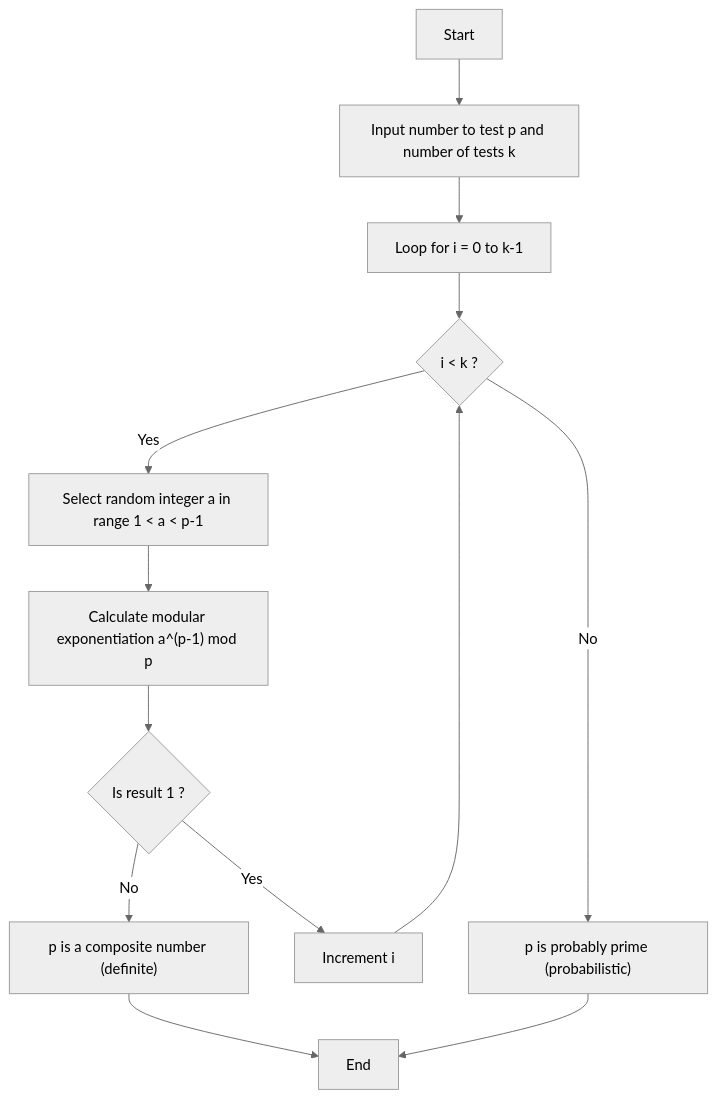
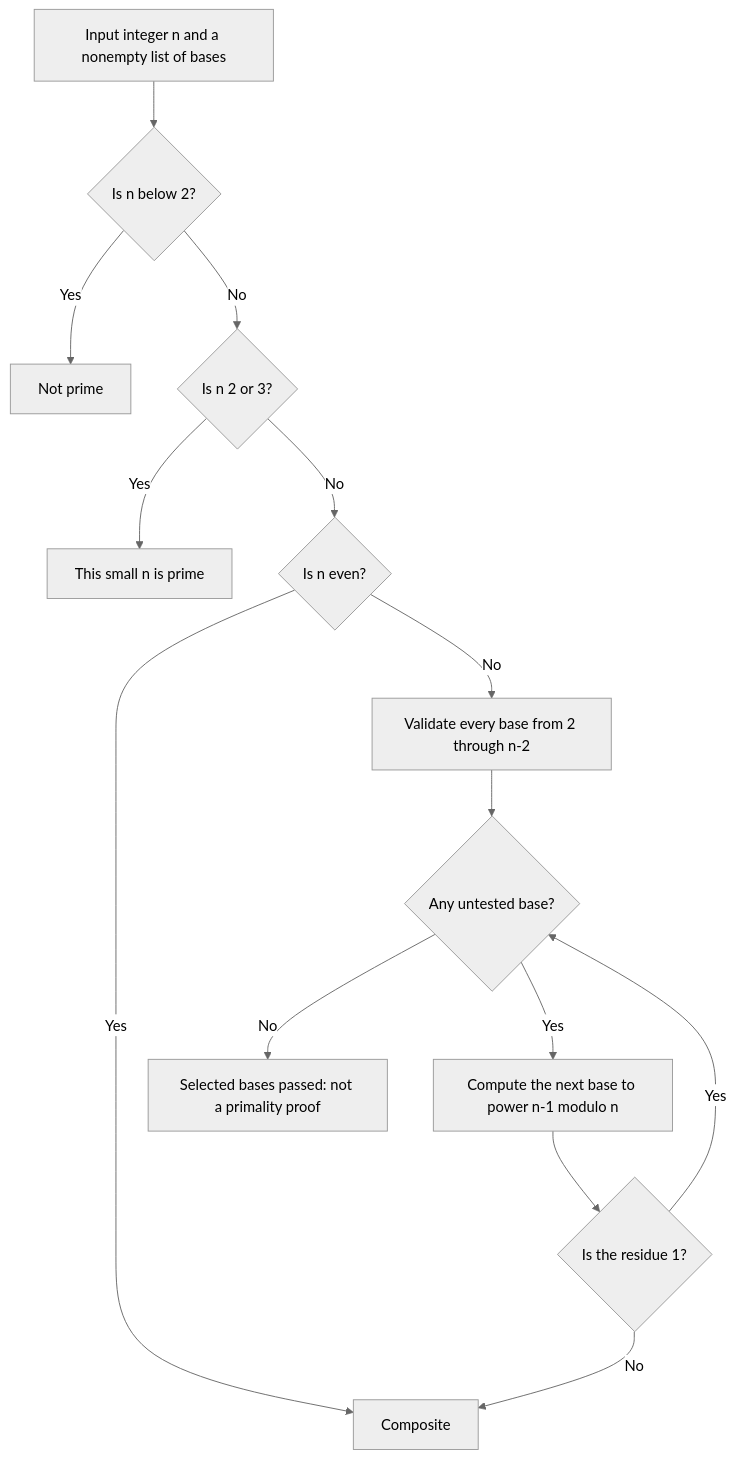
One commit to kenjinote/blog changed the first of 2 diagrams in content/post/フェルマーの小定理と暗号化/index.en.md. Above: the diagram before and after it, drawn with Mermaid (neutral theme). The commit also changed other lines of this file and 8 other files, not shown here.

````diff
--- a/content/post/フェルマーの小定理と暗号化/index.en.md
+++ b/content/post/フェルマーの小定理と暗号化/index.en.md
@@ -156,15 +70,16 @@
 ```mermaid
 flowchart TD
-    Start["Start"] --> Input["Input number to test p and number of tests k"]
-    Input --> LoopStart["Loop for i = 0 to k-1"]
-    LoopStart --> Condition{"i < k ?"}
-    Condition -- Yes --> RandomA["Select random integer a in range 1 < a < p-1"]
-    RandomA --> Calc["Calculate modular exponentiation a^(p-1) mod p"]
-    Calc --> CheckPrime{"Is result 1 ?"}
-    CheckPrime -- No --> ReturnComposite["p is a composite number (definite)"]
-    CheckPrime -- Yes --> Increment["Increment i"]
-    Increment --> Condition
-    Condition -- No --> ReturnPrime["p is probably prime (probabilistic)"]
-    ReturnComposite --> End["End"]
-    ReturnPrime --> End
+    Input["Input integer n and a nonempty list of bases"] --> Small{"Is n below 2?"}
+    Small -- Yes --> NotPrime["Not prime"]
+    Small -- No --> Tiny{"Is n 2 or 3?"}
+    Tiny -- Yes --> Known["This small n is prime"]
+    Tiny -- No --> Even{"Is n even?"}
+    Even -- Yes --> Composite["Composite"]
+    Even -- No --> Validate["Validate every base from 2 through n-2"]
+    Validate --> Next{"Any untested base?"}
+    Next -- Yes --> Power["Compute the next base to power n-1 modulo n"]
+    Power --> Check{"Is the residue 1?"}
+    Check -- No --> Composite
+    Check -- Yes --> Next
+    Next -- No --> Pass["Selected bases passed: not a primality proof"]
 ```
````
